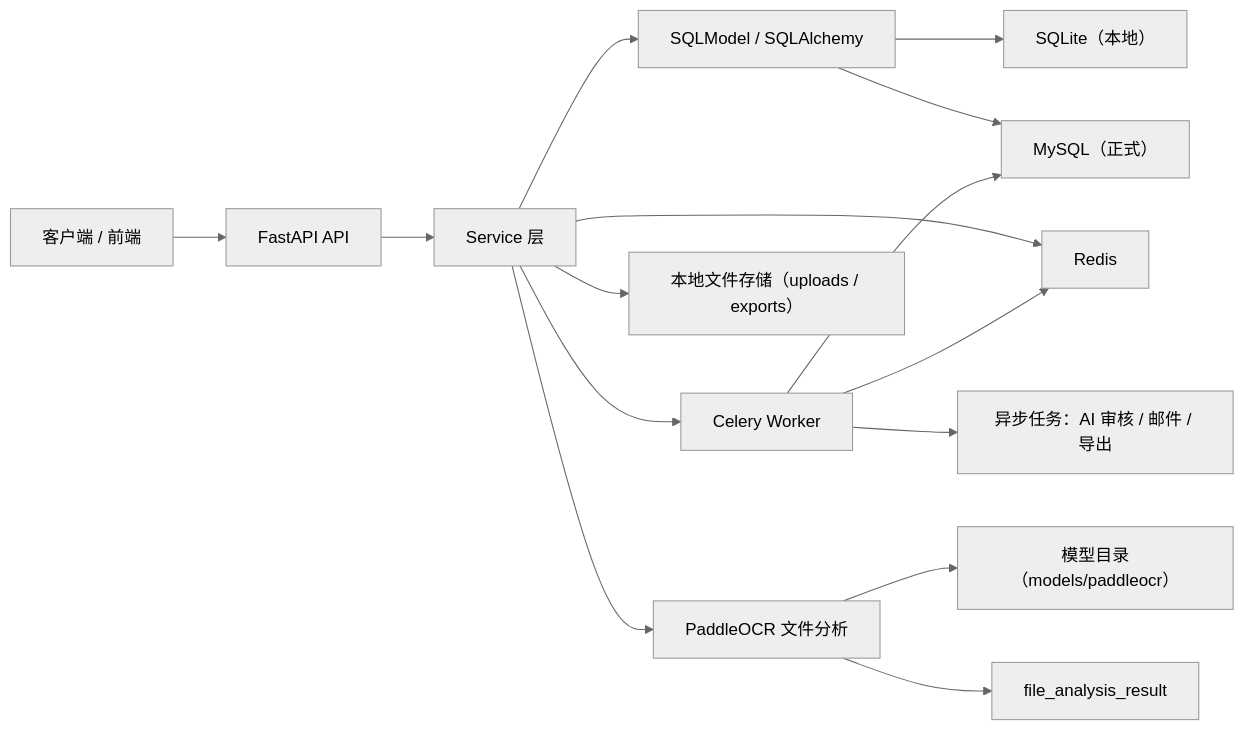
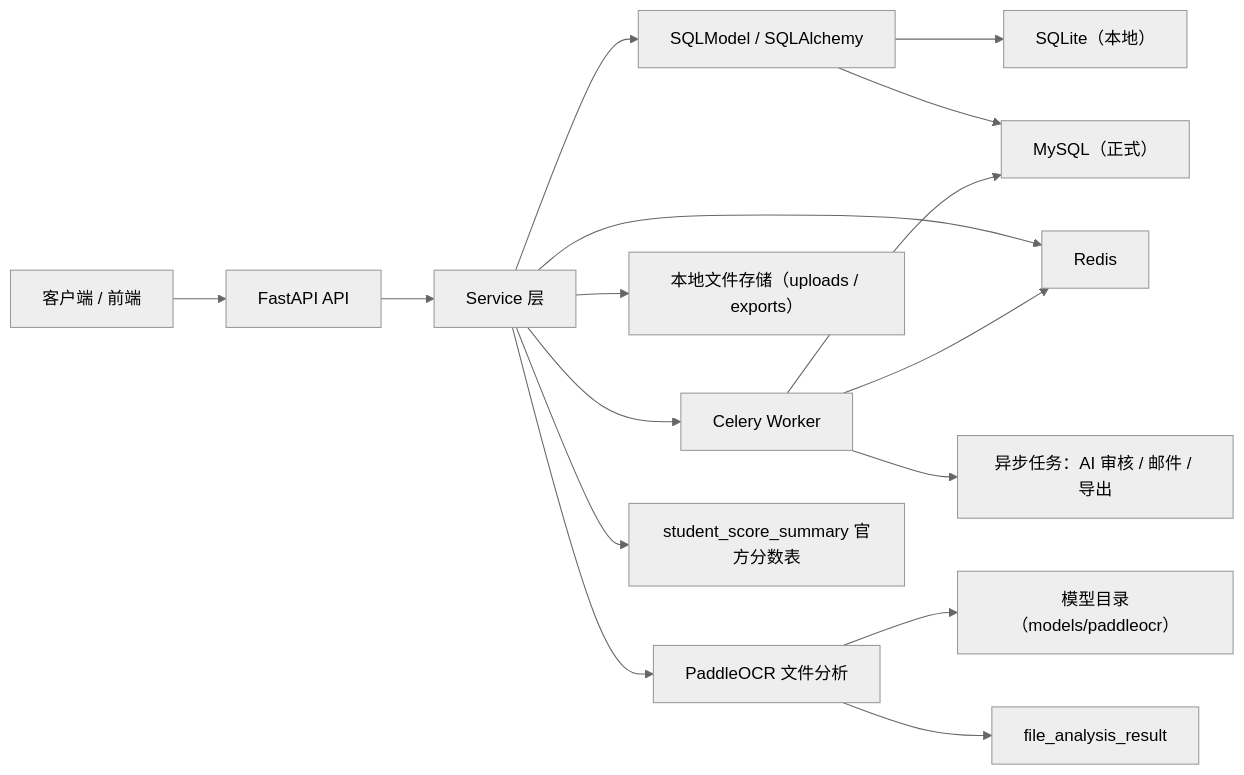
The diagram in docs/综测平台基本架构.md (DarkStars1922/zcpt), drawn with Mermaid (neutral theme) before and after one commit. The commit also changed other lines of this file and 57 other files, not shown here.

````diff
--- a/docs/综测平台基本架构.md
+++ b/docs/综测平台基本架构.md
@@ -13,17 +13,18 @@
 ```mermaid
 flowchart LR
     A["客户端 / 前端"] --> B["FastAPI API"]
     B --> C["Service 层"]
     C --> D["SQLModel / SQLAlchemy"]
     D --> E["SQLite（本地）"]
     D --> F["MySQL（正式）"]
     C --> G["Redis"]
     C --> H["Celery Worker"]
     H --> G
     H --> F
     H --> I["异步任务：AI 审核 / 邮件 / 导出"]
     C --> J["本地文件存储（uploads / exports）"]
     C --> K["PaddleOCR 文件分析"]
     K --> L["模型目录（models/paddleocr）"]
     K --> M["file_analysis_result"]
+    C --> N["student_score_summary 官方分数表"]
 ```
````
